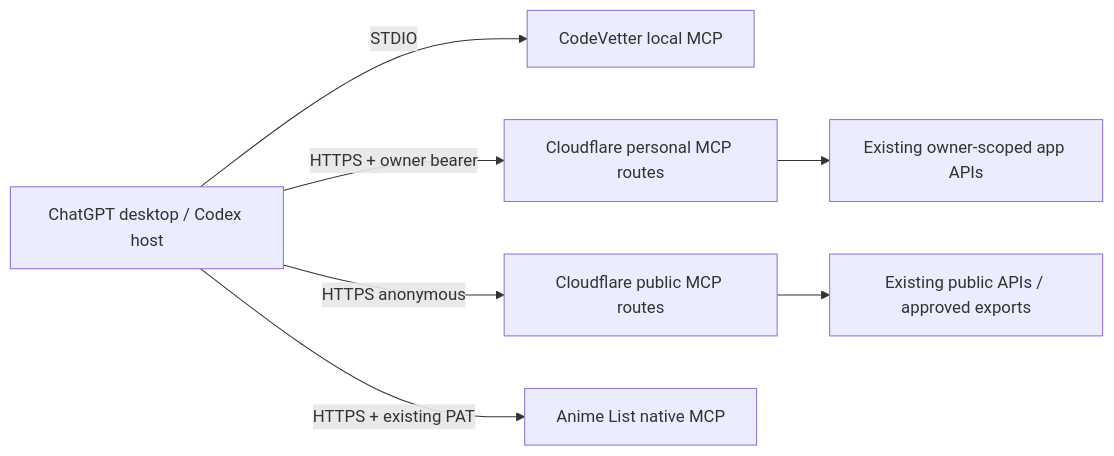
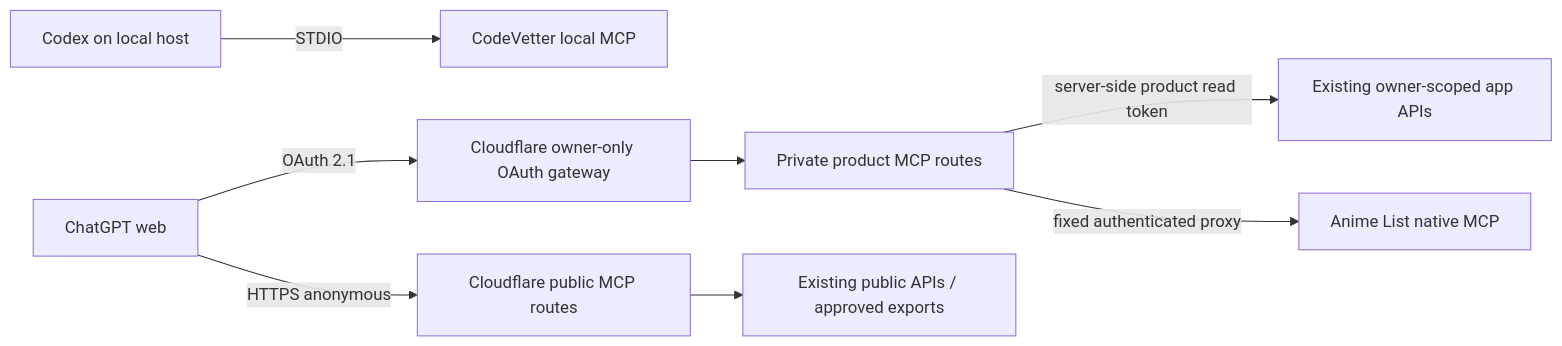
Before and after one commit to sass-maker/site-health: the diagram in foundry/openspec/changes/route-existing-mcp-connections/design.md, drawn with Mermaid. The commit also changed other lines of this file and 20 other files, not shown here.

Commit message:
feat(mcp): add read-only ChatGPT gateway

````diff
--- a/foundry/openspec/changes/route-existing-mcp-connections/design.md
+++ b/foundry/openspec/changes/route-existing-mcp-connections/design.md
@@ -48,10 +51,12 @@
 ```mermaid
 flowchart LR
-    C[ChatGPT desktop / Codex host]
+    C[Codex on local host]
+    W[ChatGPT web]
     C -->|STDIO| CV[CodeVetter local MCP]
-    C -->|HTTPS + owner bearer| HP[Cloudflare personal MCP routes]
-    C -->|HTTPS anonymous| HU[Cloudflare public MCP routes]
-    HP --> OA[Existing owner-scoped app APIs]
+    W -->|OAuth 2.1| O[Cloudflare owner-only OAuth gateway]
+    W -->|HTTPS anonymous| HU[Cloudflare public MCP routes]
+    O --> HP[Private product MCP routes]
+    HP -->|server-side product read token| OA[Existing owner-scoped app APIs]
     HU --> PA[Existing public APIs / approved exports]
-    C -->|HTTPS + existing PAT| AN[Anime List native MCP]
+    HP -->|fixed authenticated proxy| AN[Anime List native MCP]
 ```
````
